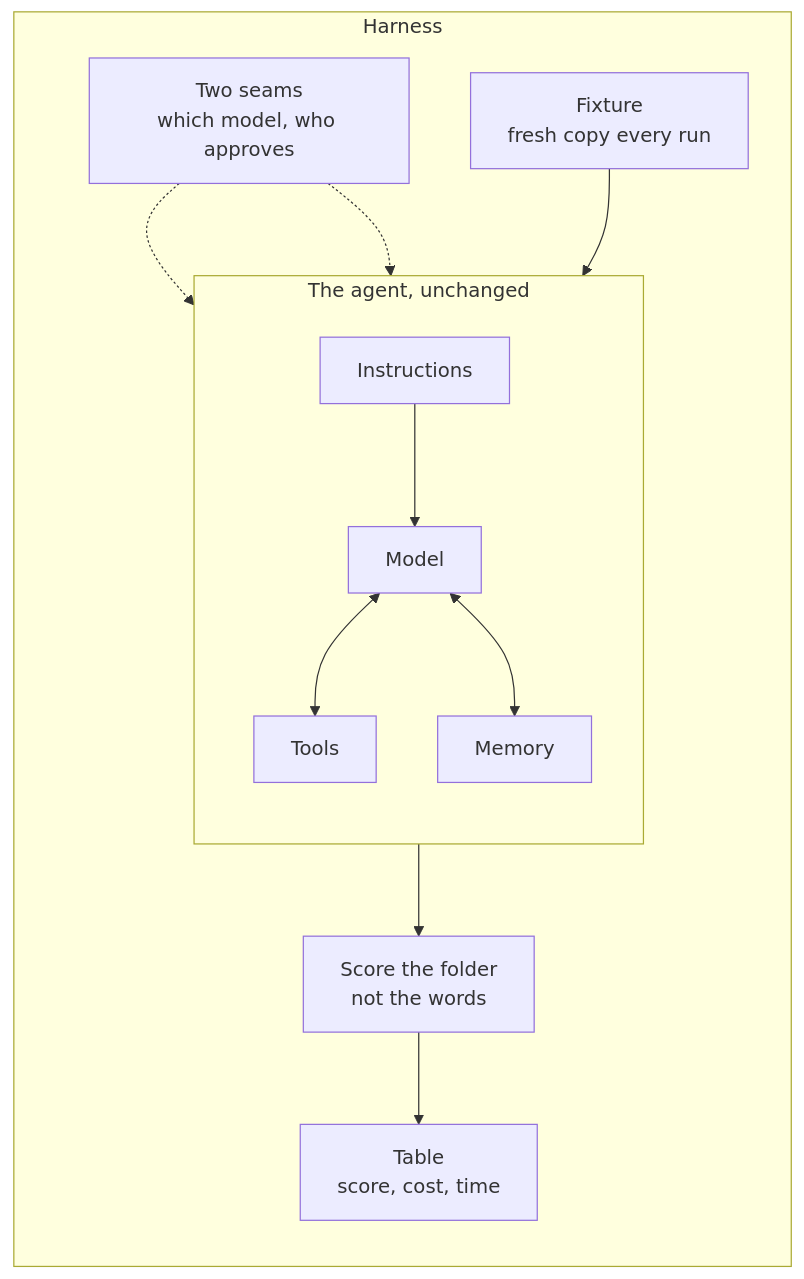
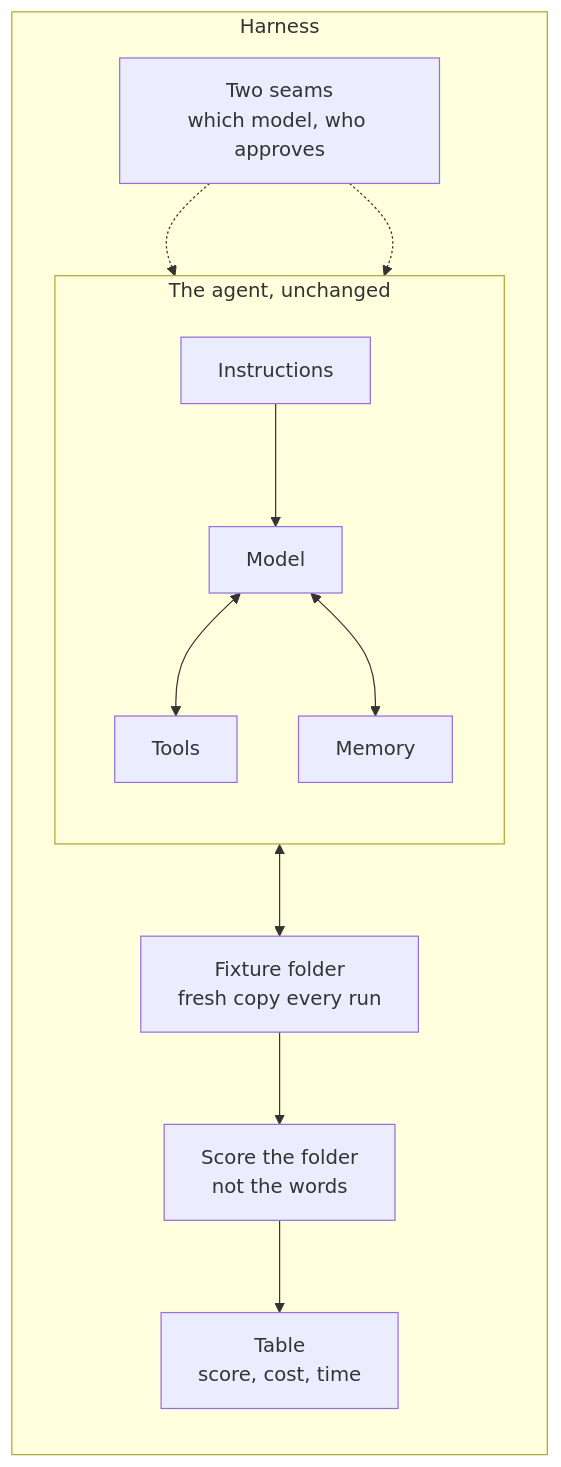
The diagram in posts/07-swap-the-model.md (themitchelli/your-first-agent), drawn with Mermaid before and after one commit. The commit also changed 2 other files, not shown here.

Commit message:
Post 07 harness diagram redrawn top to bottom with correct arrows (tools act on the fixture, score reads the folder); diagram PNGs in posts/images

````diff
--- a/posts/07-swap-the-model.md
+++ b/posts/07-swap-the-model.md
@@ -36,19 +36,19 @@
 ```mermaid
 flowchart TB
     subgraph H[Harness]
         direction TB
-        F[Fixture<br/>fresh copy every run]
         C[Two seams<br/>which model, who approves]
         subgraph A[The agent, unchanged]
             direction TB
             I[Instructions] --> M[Model]
             M <--> W[Tools]
             M <--> R[Memory]
         end
-        F --> A
+        F[Fixture folder<br/>fresh copy every run]
         C -.-> M
         C -.-> W
-        A --> S[Score the folder<br/>not the words]
+        W <--> F
+        F --> S[Score the folder<br/>not the words]
         S --> Tb[Table<br/>score, cost, time]
     end
 ```
````
